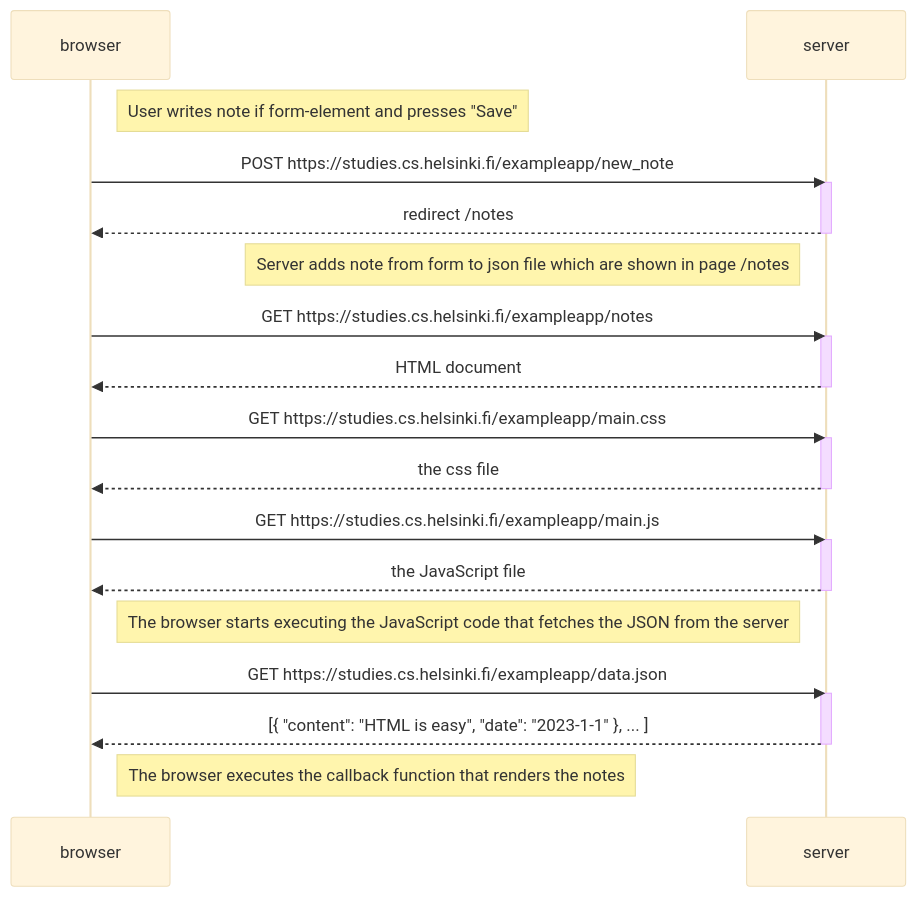
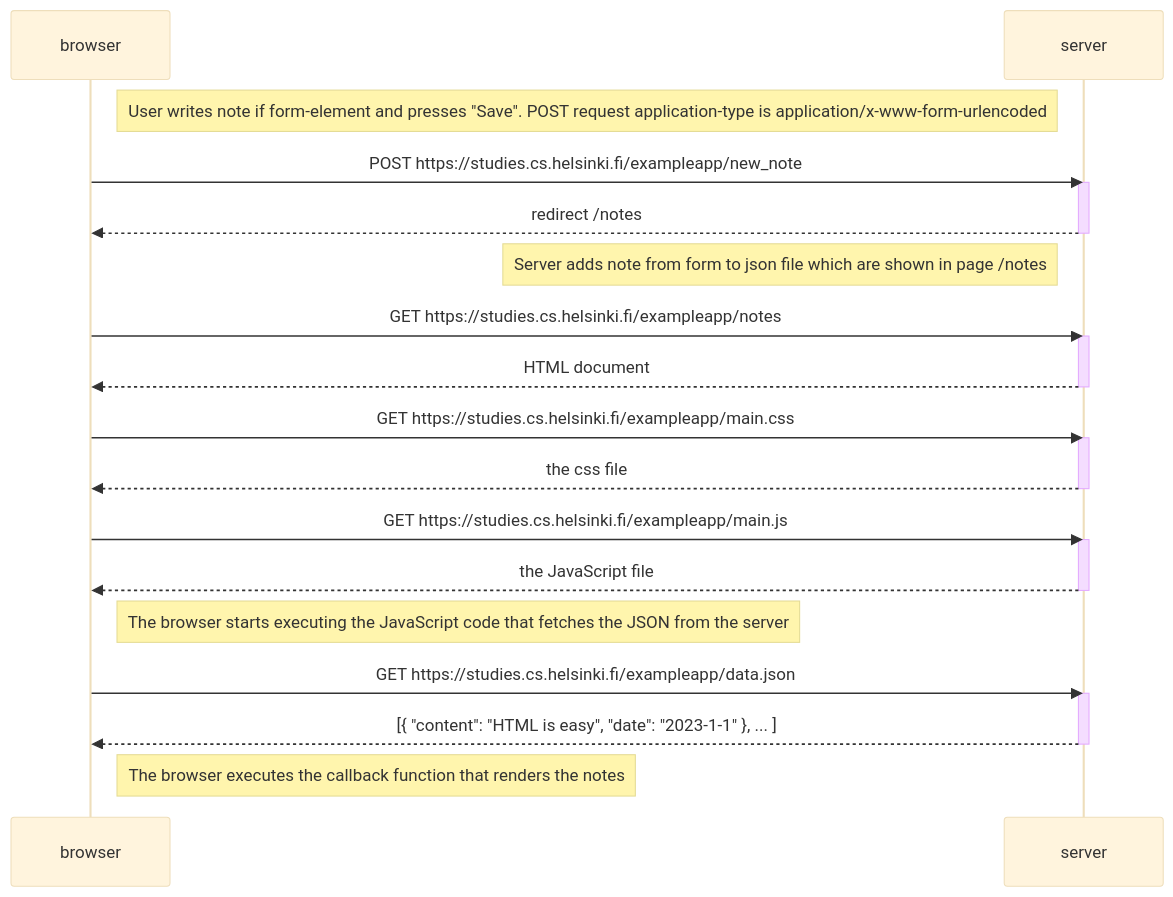
The first of 3 diagrams in osa0/README.md (hertei/fullstackopen), drawn with Mermaid (base theme) before and after one commit. The commit also changed other lines of this file, not shown here.

````diff
--- a/osa0/README.md
+++ b/osa0/README.md
@@ -4,38 +5,38 @@
 ```mermaid
 sequenceDiagram
     participant browser
     participant server
     
-    Note right of browser: User writes note if form-element and presses "Save"
+    Note right of browser: User writes note if form-element and presses "Save". POST request application-type is application/x-www-form-urlencoded
 
     browser->>server: POST https://studies.cs.helsinki.fi/exampleapp/new_note
     activate server
     server-->>browser: redirect /notes
     deactivate server
 
     Note left of server: Server adds note from form to json file which are shown in page /notes
 
     browser->>server: GET https://studies.cs.helsinki.fi/exampleapp/notes
     activate server
     server-->>browser: HTML document
     deactivate server
     
     browser->>server: GET https://studies.cs.helsinki.fi/exampleapp/main.css
     activate server
     server-->>browser: the css file
     deactivate server
     
     browser->>server: GET https://studies.cs.helsinki.fi/exampleapp/main.js
     activate server
     server-->>browser: the JavaScript file
     deactivate server
     
     Note right of browser: The browser starts executing the JavaScript code that fetches the JSON from the server
     
     browser->>server: GET https://studies.cs.helsinki.fi/exampleapp/data.json
     activate server
     server-->>browser: [{ "content": "HTML is easy", "date": "2023-1-1" }, ... ]
     deactivate server    
 
     Note right of browser: The browser executes the callback function that renders the notes 
 ```
````
